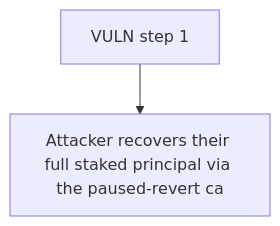
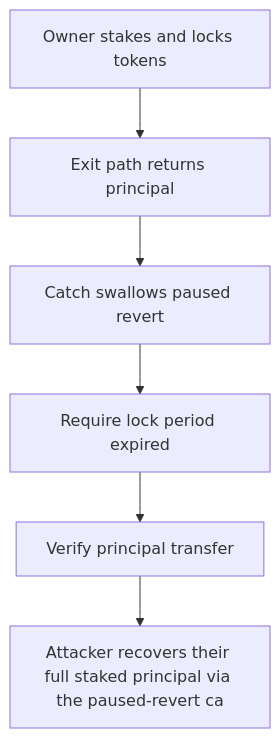
The diagram in 65325-malicious-actors-can-get-free-rewards-if-contract-gets-pause_exp/65325-malicious-actors-can-get-free-rewards-if-contract-gets-pause_exp.md (sanbir/evm-hack-registry), drawn with Mermaid before and after one commit. The commit also changed other lines of this file and 79 other files, not shown here.

````diff
--- a/65325-malicious-actors-can-get-free-rewards-if-contract-gets-pause_exp/65325-malicious-actors-can-get-free-rewards-if-contract-gets-pause_exp.md
+++ b/65325-malicious-actors-can-get-free-rewards-if-contract-gets-pause_exp/65325-malicious-actors-can-get-free-rewards-if-contract-gets-pause_exp.md
@@ -28,6 +28,14 @@
 ```mermaid
 flowchart TD
-  S0["VULN step 1"]
+  S0["Owner stakes and locks tokens"]
+  S1["Exit path returns principal"]
+  S2["Catch swallows paused revert"]
+  S3["Require lock period expired"]
+  S4["Verify principal transfer"]
   H["Attacker recovers their full staked principal via the paused-revert ca"]
-  S0 --> H
+  S0 --> S1
+  S1 --> S2
+  S2 --> S3
+  S3 --> S4
+  S4 --> H
 ```
````
